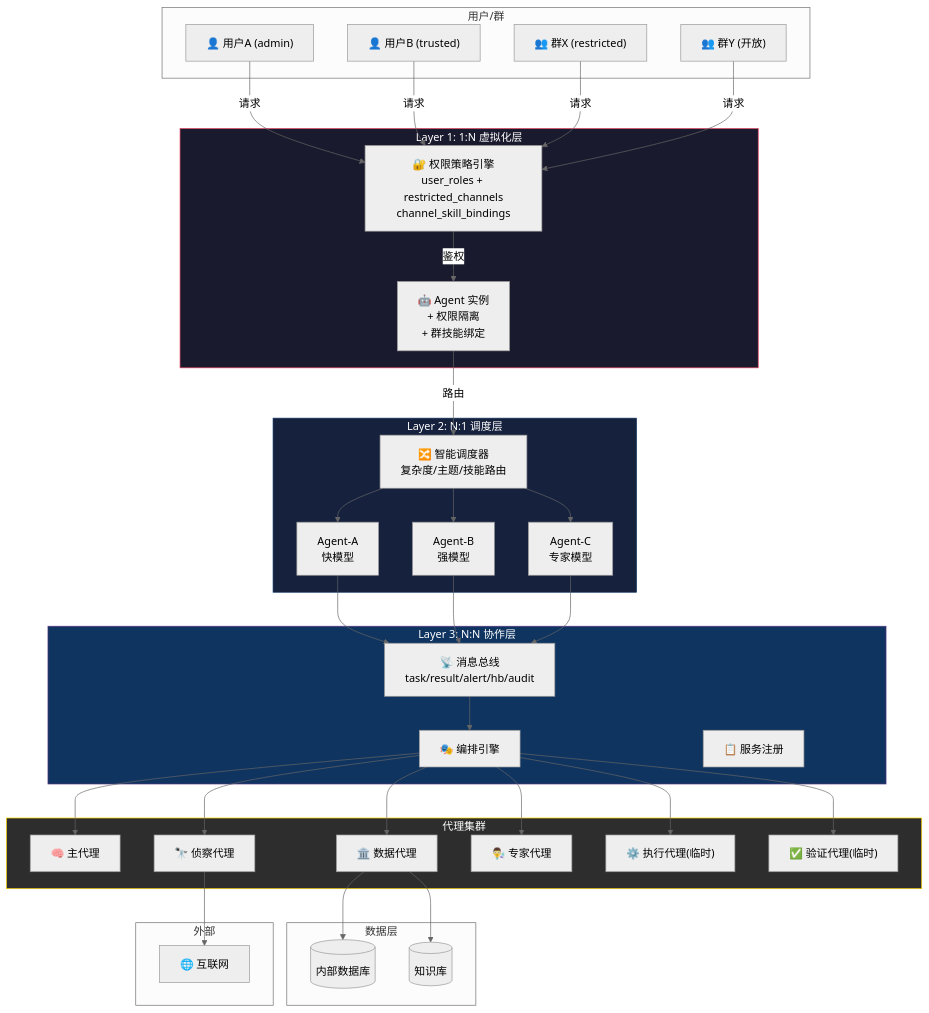
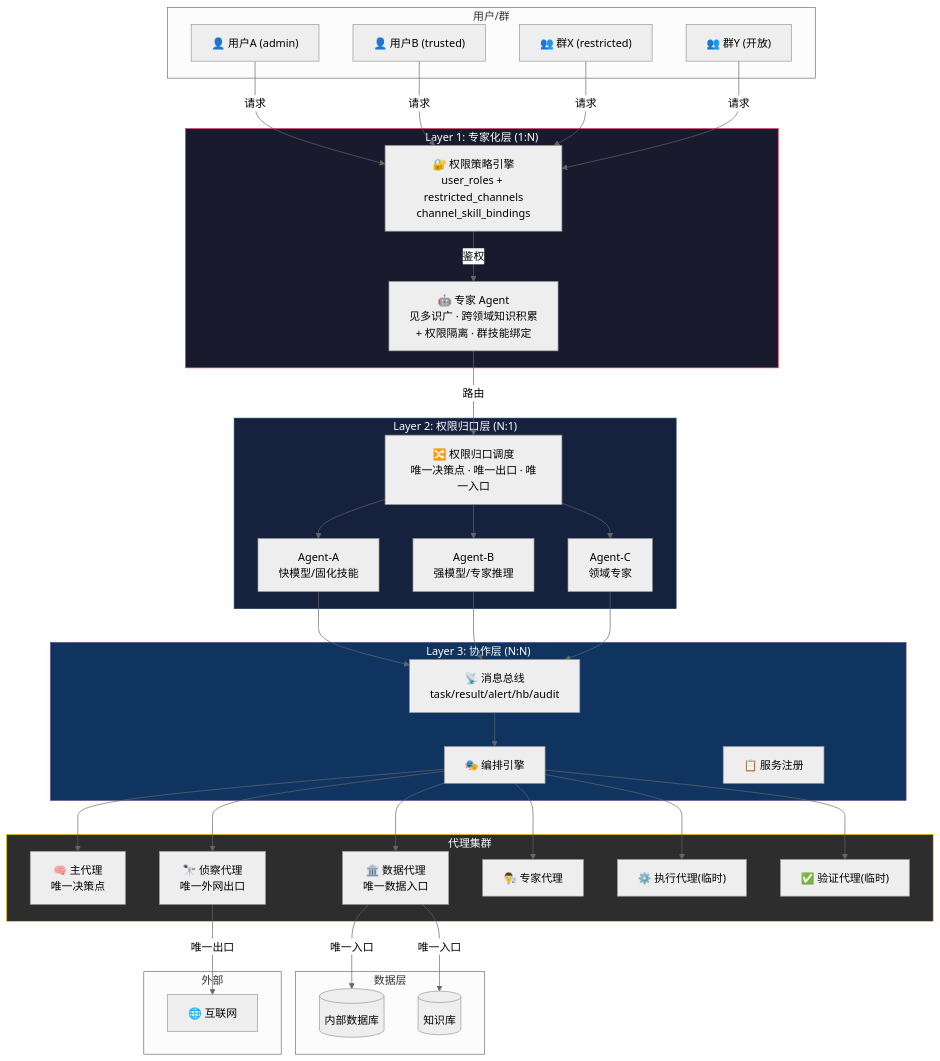
The first of 11 diagrams in docs/distributed-multi-agent-architecture.md (forestlei/hermes-agent), drawn with Mermaid (neutral theme) before and after one commit. The commit also changed other lines of this file and 1 other file, not shown here.

````diff
--- a/docs/distributed-multi-agent-architecture.md
+++ b/docs/distributed-multi-agent-architecture.md
@@ -647,60 +603,60 @@
 ```mermaid
 graph TB
     subgraph USERS["用户/群"]
         U1["👤 用户A (admin)"]
         U2["👤 用户B (trusted)"]
         U3["👥 群X (restricted)"]
         U4["👥 群Y (开放)"]
     end
 
-    subgraph L1["Layer 1: 1:N 虚拟化层"]
+    subgraph L1["Layer 1: 专家化层 (1:N)"]
         PERM["🔐 权限策略引擎<br/>user_roles + restricted_channels<br/>channel_skill_bindings"]
-        AGENT1["🤖 Agent 实例<br/>+ 权限隔离<br/>+ 群技能绑定"]
+        EXPERT_AGENT["🤖 专家 Agent<br/>见多识广 · 跨领域知识积累<br/>+ 权限隔离 · 群技能绑定"]
     end
 
-    subgraph L2["Layer 2: N:1 调度层"]
-        ROUTER["🔀 智能调度器<br/>复杂度/主题/技能路由"]
-        AGENT_A["Agent-A<br/>快模型"]
-        AGENT_B["Agent-B<br/>强模型"]
-        AGENT_C["Agent-C<br/>专家模型"]
+    subgraph L2["Layer 2: 权限归口层 (N:1)"]
+        GATE["🔀 权限归口调度<br/>唯一决策点 · 唯一出口 · 唯一入口"]
+        AGENT_A["Agent-A<br/>快模型/固化技能"]
+        AGENT_B["Agent-B<br/>强模型/专家推理"]
+        AGENT_C["Agent-C<br/>领域专家"]
     end
 
-    subgraph L3["Layer 3: N:N 协作层"]
+    subgraph L3["Layer 3: 协作层 (N:N)"]
         BUS["📡 消息总线<br/>task/result/alert/hb/audit"]
         ORCHESTRA["🎭 编排引擎"]
         REGISTRY["📋 服务注册"]
     end
 
     subgraph AGENTS["代理集群"]
-        BRAIN["🧠 主代理"]
-        SCOUT["🔭 侦察代理"]
-        VAULT["🏛️ 数据代理"]
+        BRAIN["🧠 主代理<br/>唯一决策点"]
+        SCOUT["🔭 侦察代理<br/>唯一外网出口"]
+        VAULT["🏛️ 数据代理<br/>唯一数据入口"]
         EXPERT["👨‍🔬 专家代理"]
         WORKER["⚙️ 执行代理(临时)"]
         AUDITOR["✅ 验证代理(临时)"]
     end
 
     subgraph DATA["数据层"]
         DB[("内部数据库")]
         KB[("知识库")]
     end
 
     subgraph EXT["外部"]
         WEB["🌐 互联网"]
     end
 
     U1 & U2 & U3 & U4 -->|请求| PERM
-    PERM -->|鉴权| AGENT1
-    AGENT1 -->|路由| ROUTER
-    ROUTER --> AGENT_A & AGENT_B & AGENT_C
+    PERM -->|鉴权| EXPERT_AGENT
+    EXPERT_AGENT -->|路由| GATE
+    GATE --> AGENT_A & AGENT_B & AGENT_C
     AGENT_A & AGENT_B & AGENT_C --> BUS
     BUS --> ORCHESTRA
     ORCHESTRA --> BRAIN & SCOUT & VAULT & EXPERT & WORKER & AUDITOR
-    SCOUT --> WEB
-    VAULT --> DB & KB
+    SCOUT -->|唯一出口| WEB
+    VAULT -->|唯一入口| DB & KB
 
     style L1 fill:#1a1a2e,stroke:#e94560,color:#fff
     style L2 fill:#16213e,stroke:#0f3460,color:#fff
     style L3 fill:#0f3460,stroke:#533483,color:#fff
     style AGENTS fill:#2d2d2d,stroke:#ffd700,color:#fff
 ```
````
